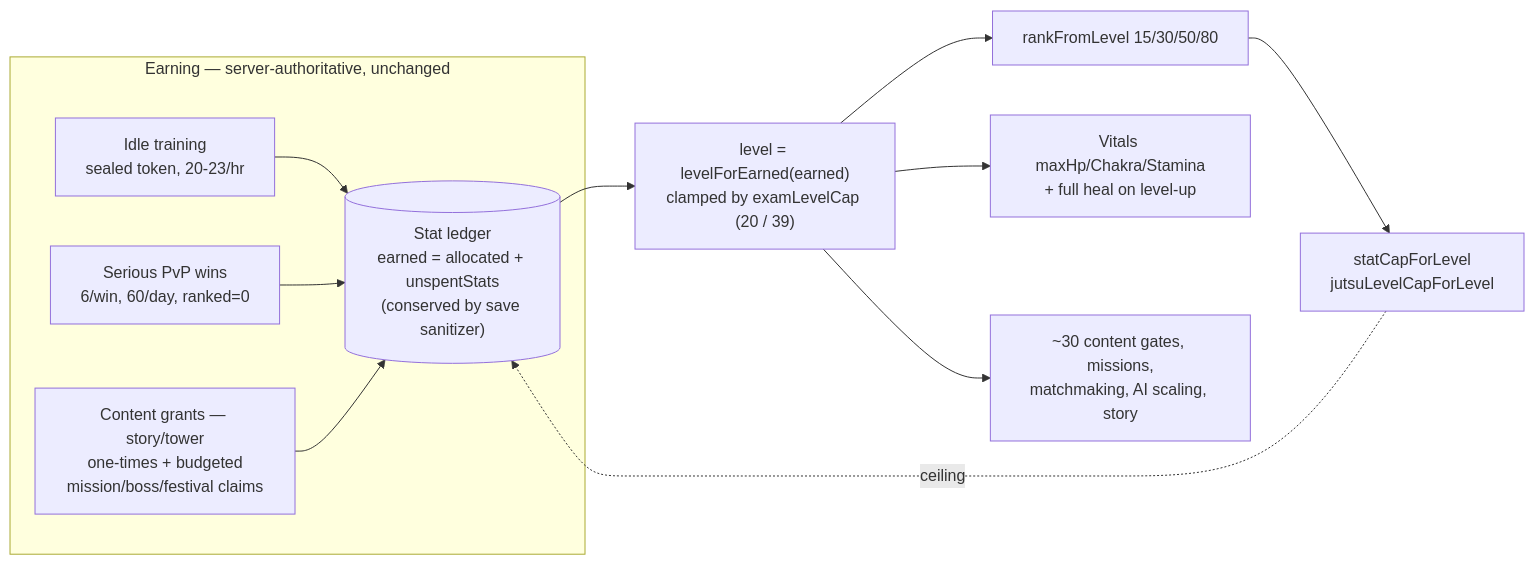
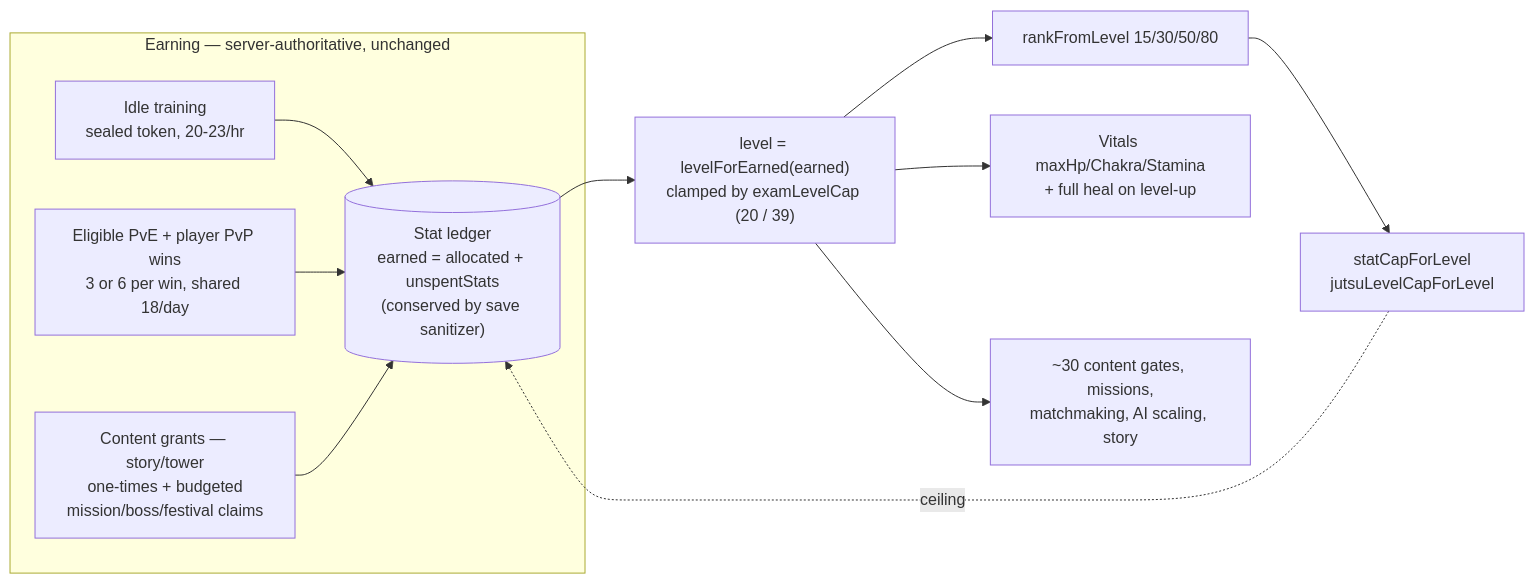
The diagram in docs/leveling-without-xp-map.md (Timehue/ShinobiX), drawn with Mermaid before and after one commit. The commit also changed other lines of this file and 275 other files, not shown here.

````diff
--- a/docs/leveling-without-xp-map.md
+++ b/docs/leveling-without-xp-map.md
@@ -56,15 +75,15 @@
 ```mermaid
 flowchart LR
     subgraph EARN [Earning — server-authoritative, unchanged]
         T[Idle training\nsealed token, 20-23/hr] --> S
-        P[Serious PvP wins\n6/win, 60/day, ranked=0] --> S
+        P[Eligible PvE + player PvP wins\n3 or 6 per win, shared 18/day] --> S
         M[Content grants — story/tower\none-times + budgeted\nmission/boss/festival claims] --> S
     end
     S[("Stat ledger\nearned = allocated + unspentStats\n(conserved by save sanitizer)")]
     S --> L["level = levelForEarned(earned)\nclamped by examLevelCap (20 / 39)"]
     L --> R[rankFromLevel 15/30/50/80]
     R --> C[statCapForLevel\njutsuLevelCapForLevel]
     C -.->|ceiling| S
     L --> V[Vitals maxHp/Chakra/Stamina\n+ full heal on level-up]
     L --> G[~30 content gates, missions,\nmatchmaking, AI scaling, story]
 ```
````
